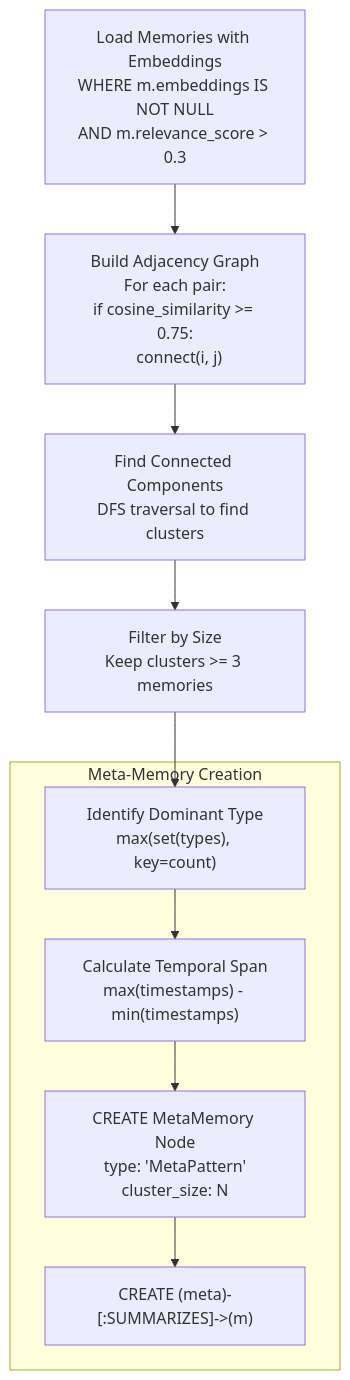
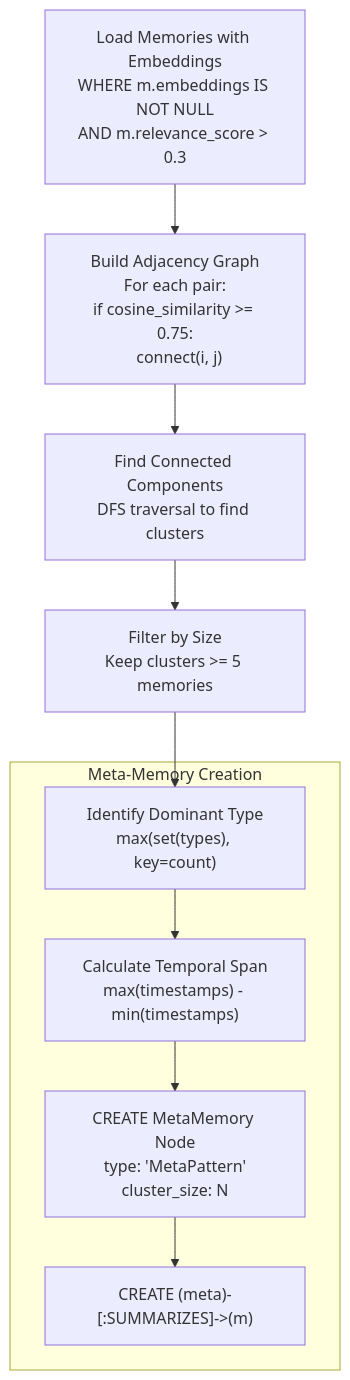
The fourth of 5 diagrams in src/content/docs/docs/core-concepts/consolidation.md (verygoodplugins/automem-website), drawn with Mermaid before and after one commit. The commit also changed other lines of this file and 48 other files, not shown here.

````diff
--- a/src/content/docs/docs/core-concepts/consolidation.md
+++ b/src/content/docs/docs/core-concepts/consolidation.md
@@ -245,25 +244,25 @@
 ```mermaid
 graph TB
     Load["Load Memories with Embeddings<br/>WHERE m.embeddings IS NOT NULL<br/>AND m.relevance_score > 0.3"]
 
     Build["Build Adjacency Graph<br/>For each pair:<br/>if cosine_similarity >= 0.75:<br/>  connect(i, j)"]
 
     DFS["Find Connected Components<br/>DFS traversal to find clusters"]
 
-    Filter["Filter by Size<br/>Keep clusters >= 3 memories"]
+    Filter["Filter by Size<br/>Keep clusters >= 5 memories"]
 
     subgraph "Meta-Memory Creation"
         Theme["Identify Dominant Type<br/>max(set(types), key=count)"]
         Span["Calculate Temporal Span<br/>max(timestamps) - min(timestamps)"]
         Create["CREATE MetaMemory Node<br/>type: 'MetaPattern'<br/>cluster_size: N"]
         Link["CREATE (meta)-[:SUMMARIZES]->(m)"]
     end
 
     Load --> Build
     Build --> DFS
     DFS --> Filter
     Filter --> Theme
     Theme --> Span
     Span --> Create
     Create --> Link
 ```
````
